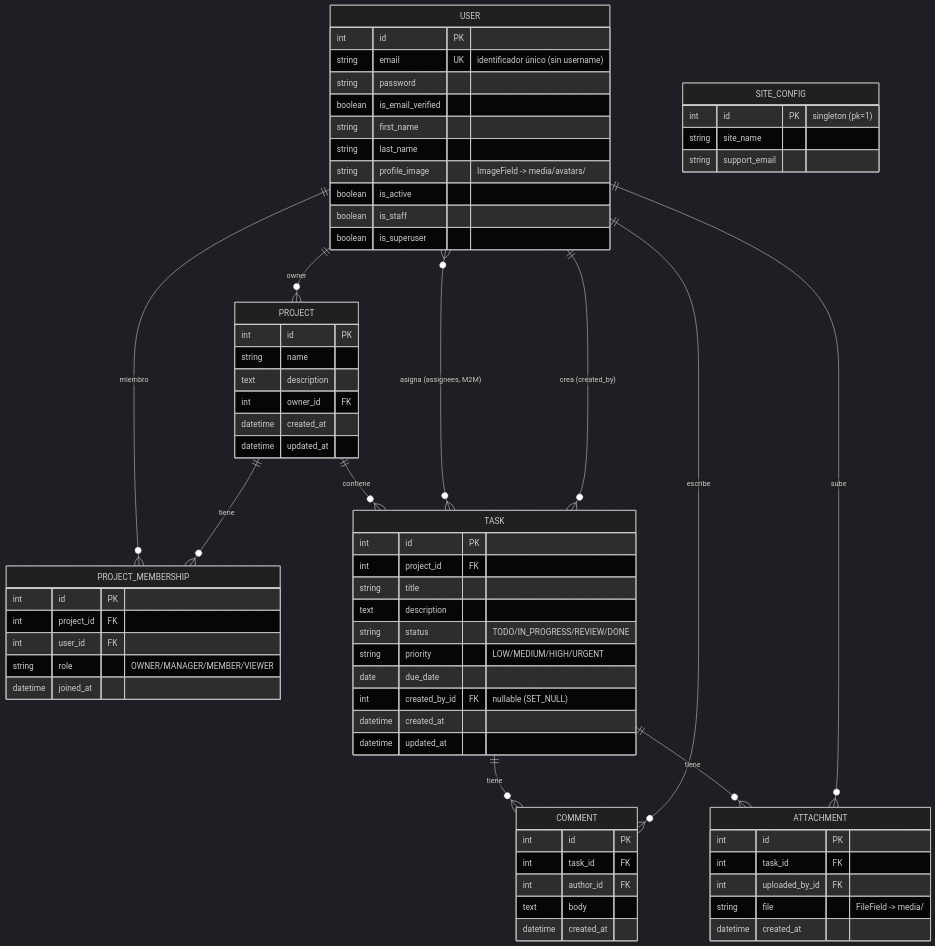
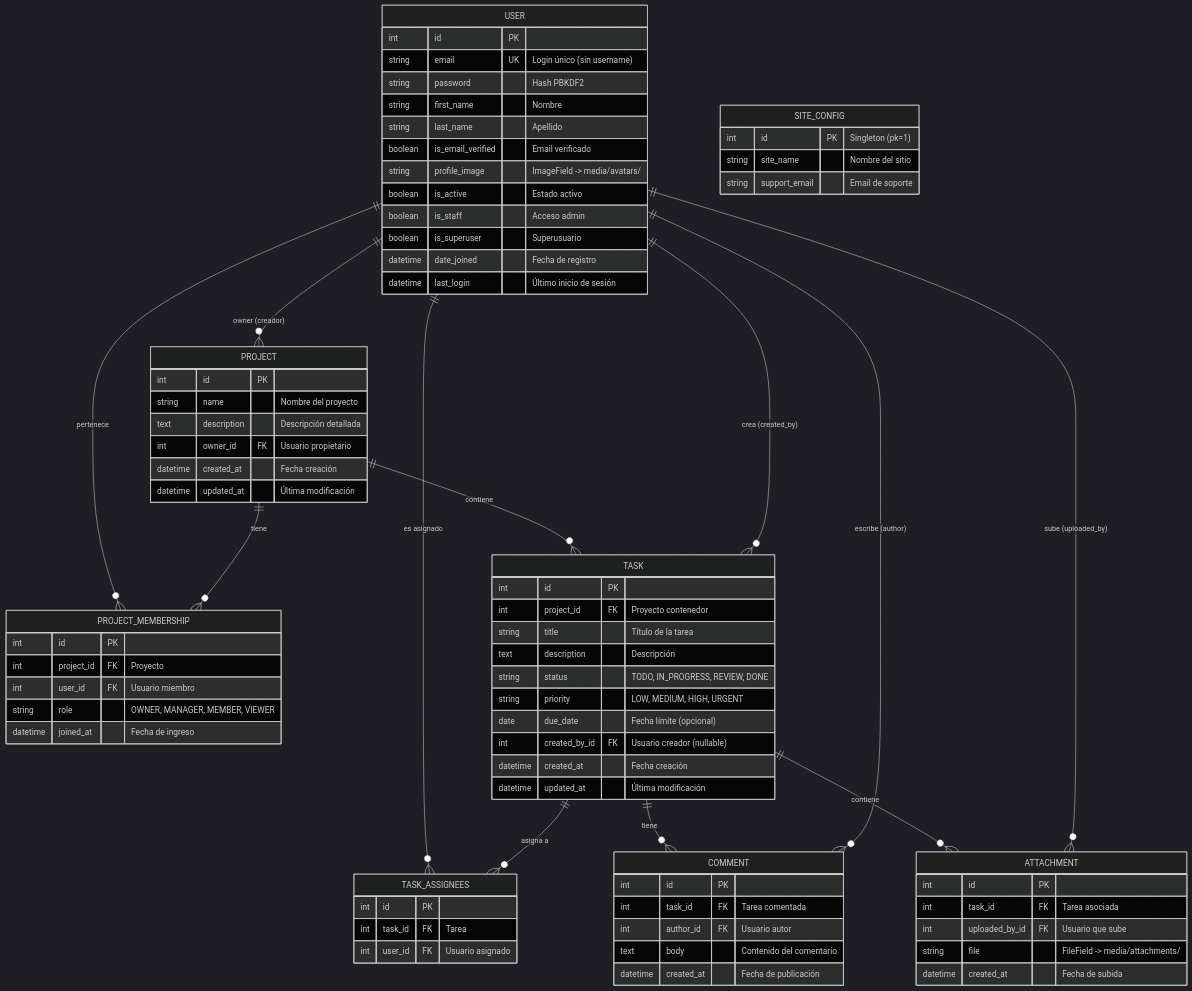
Before and after one commit to javieresquivelt-ux/planmanager: the second of 2 diagrams in README.md, drawn with Mermaid (dark theme). The commit also changed other lines of this file, not shown here.

Commit message:
docs: update architecture diagram for Hostinger VPS deployment and enrich ER diagram

````diff
--- a/README.md
+++ b/README.md
@@ -97,78 +96,87 @@
 ```mermaid
 erDiagram
-    USER ||--o{ PROJECT : "owner"
-    USER ||--o{ PROJECT_MEMBERSHIP : "miembro"
+    USER ||--o{ PROJECT : "owner (creador)"
+    USER ||--o{ PROJECT_MEMBERSHIP : "pertenece"
     PROJECT ||--o{ PROJECT_MEMBERSHIP : "tiene"
     PROJECT ||--o{ TASK : "contiene"
-    USER }o--o{ TASK : "asigna (assignees, M2M)"
+    USER ||--o{ TASK_ASSIGNEES : "es asignado"
+    TASK ||--o{ TASK_ASSIGNEES : "asigna a"
     USER ||--o{ TASK : "crea (created_by)"
     TASK ||--o{ COMMENT : "tiene"
-    USER ||--o{ COMMENT : "escribe"
-    TASK ||--o{ ATTACHMENT : "tiene"
-    USER ||--o{ ATTACHMENT : "sube"
+    USER ||--o{ COMMENT : "escribe (author)"
+    TASK ||--o{ ATTACHMENT : "contiene"
+    USER ||--o{ ATTACHMENT : "sube (uploaded_by)"
 
     USER {
         int id PK
-        string email UK "identificador único (sin username)"
-        string password
-        boolean is_email_verified
-        string first_name
-        string last_name
+        string email UK "Login único (sin username)"
+        string password "Hash PBKDF2"
+        string first_name "Nombre"
+        string last_name "Apellido"
+        boolean is_email_verified "Email verificado"
         string profile_image "ImageField -> media/avatars/"
-        boolean is_active
-        boolean is_staff
-        boolean is_superuser
+        boolean is_active "Estado activo"
+        boolean is_staff "Acceso admin"
+        boolean is_superuser "Superusuario"
+        datetime date_joined "Fecha de registro"
+        datetime last_login "Último inicio de sesión"
     }
 
     PROJECT {
         int id PK
-        string name
-        text description
-        int owner_id FK
-        datetime created_at
-        datetime updated_at
+        string name "Nombre del proyecto"
+        text description "Descripción detallada"
+        int owner_id FK "Usuario propietario"
+        datetime created_at "Fecha creación"
+        datetime updated_at "Última modificación"
     }
 
     PROJECT_MEMBERSHIP {
         int id PK
-        int project_id FK
-        int user_id FK
-        string role "OWNER/MANAGER/MEMBER/VIEWER"
-        datetime joined_at
+        int project_id FK "Proyecto"
+        int user_id FK "Usuario miembro"
+        string role "OWNER, MANAGER, MEMBER, VIEWER"
+        datetime joined_at "Fecha de ingreso"
     }
 
     TASK {
         int id PK
-        int project_id FK
-        string title
-        text description
-        string status "TODO/IN_PROGRESS/REVIEW/DONE"
-        string priority "LOW/MEDIUM/HIGH/URGENT"
-        date due_date
-        int created_by_id FK "nullable (SET_NULL)"
-        datetime created_at
-        datetime updated_at
+        int project_id FK "Proyecto contenedor"
+        string title "Título de la tarea"
+        text description "Descripción"
+        string status "TODO, IN_PROGRESS, REVIEW, DONE"
+        string priority "LOW, MEDIUM, HIGH, URGENT"
+        date due_date "Fecha límite (opcional)"
+        int created_by_id FK "Usuario creador (nullable)"
+        datetime created_at "Fecha creación"
+        datetime updated_at "Última modificación"
+    }
+
+    TASK_ASSIGNEES {
+        int id PK
+        int task_id FK "Tarea"
+        int user_id FK "Usuario asignado"
     }
 
     COMMENT {
         int id PK
-        int task_id FK
-        int author_id FK
-        text body
-        datetime created_at
+        int task_id FK "Tarea comentada"
+        int author_id FK "Usuario autor"
+        text body "Contenido del comentario"
+        datetime created_at "Fecha de publicación"
     }
 
     ATTACHMENT {
         int id PK
-        int task_id FK
-        int uploaded_by_id FK
-        string file "FileField -> media/"
-        datetime created_at
+        int task_id FK "Tarea asociada"
+        int uploaded_by_id FK "Usuario que sube"
+        string file "FileField -> media/attachments/"
+        datetime created_at "Fecha de subida"
     }
 
     SITE_CONFIG {
-        int id PK "singleton (pk=1)"
-        string site_name
-        string support_email
+        int id PK "Singleton (pk=1)"
+        string site_name "Nombre del sitio"
+        string support_email "Email de soporte"
     }
 ```
````
